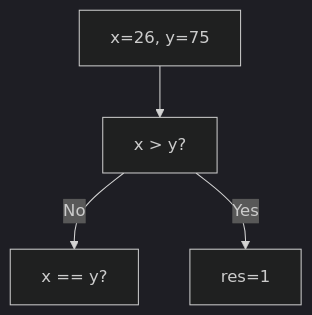
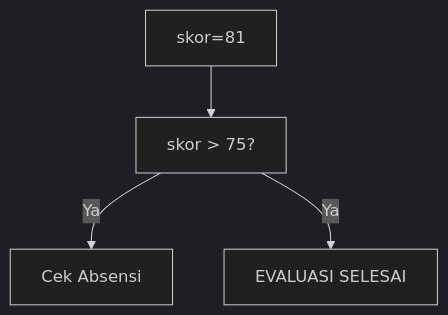
One commit to amnahwaida/OSNK_INF_PREP changed the third of 25 diagrams in part-c-pemahaman-cpp/02-percabangan/latihan/set-02.md. Above: the diagram before and after it, drawn with Mermaid (dark theme). The commit also changed other lines of this file and 71 other files, not shown here.

````diff
--- a/part-c-pemahaman-cpp/02-percabangan/latihan/set-02.md
+++ b/part-c-pemahaman-cpp/02-percabangan/latihan/set-02.md
@@ -80,6 +82,6 @@
 ```mermaid
 graph TD
-A["x=26, y=75"] --> B["x > y?"]
-B -- No --> C["x == y?"]
-B -- Yes --> D[res=1]
+A["skor=81"] --> B["skor > 75?"]
+B -- Ya --> C["Cek Absensi"]
+B -- Ya --> D["EVALUASI SELESAI"]
 ```
````
